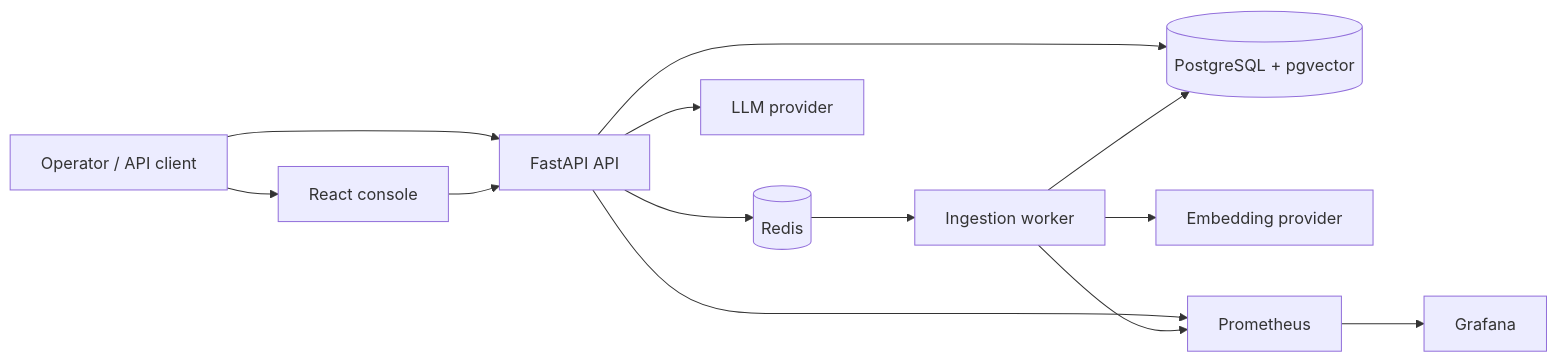
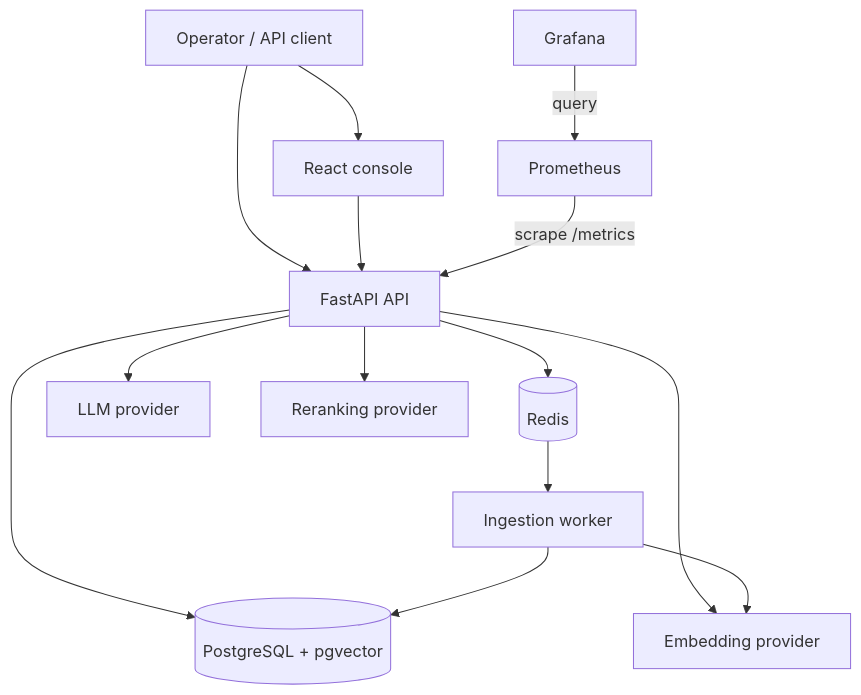
The first of 3 diagrams in docs/architecture.md (xmike04/RAG_OPS), drawn with Mermaid before and after one commit. The commit also changed other lines of this file and 3 other files, not shown here.

Commit message:
docs: align RAGOps architecture and measured evidence with serving code

````diff
--- a/docs/architecture.md
+++ b/docs/architecture.md
@@ -12,15 +12,16 @@
 ```mermaid
-flowchart LR
+flowchart TD
   U[Operator / API client] --> W[React console]
   U --> A[FastAPI API]
   W --> A
   A --> P[(PostgreSQL + pgvector)]
   A --> R[(Redis)]
   A --> L[LLM provider]
   R --> Q[Ingestion worker]
-  Q --> E[Embedding provider]
+  A --> E[Embedding provider]
+  A --> X[Reranking provider]
+  Q --> E
   Q --> P
-  A --> M[Prometheus]
-  Q --> M
-  M --> G[Grafana]
+  M[Prometheus] -->|scrape /metrics| A
+  G[Grafana] -->|query| M
 ```
````
